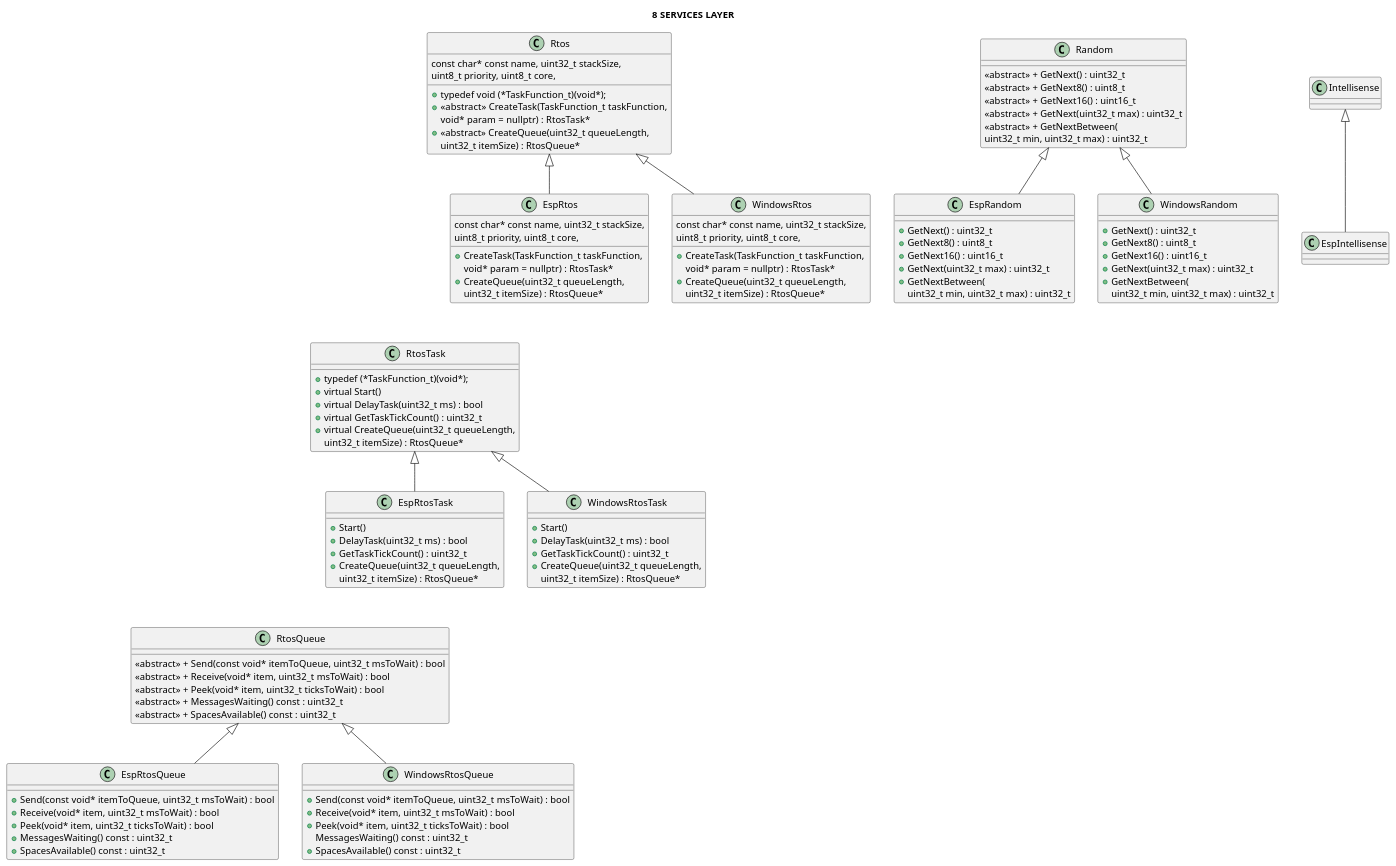
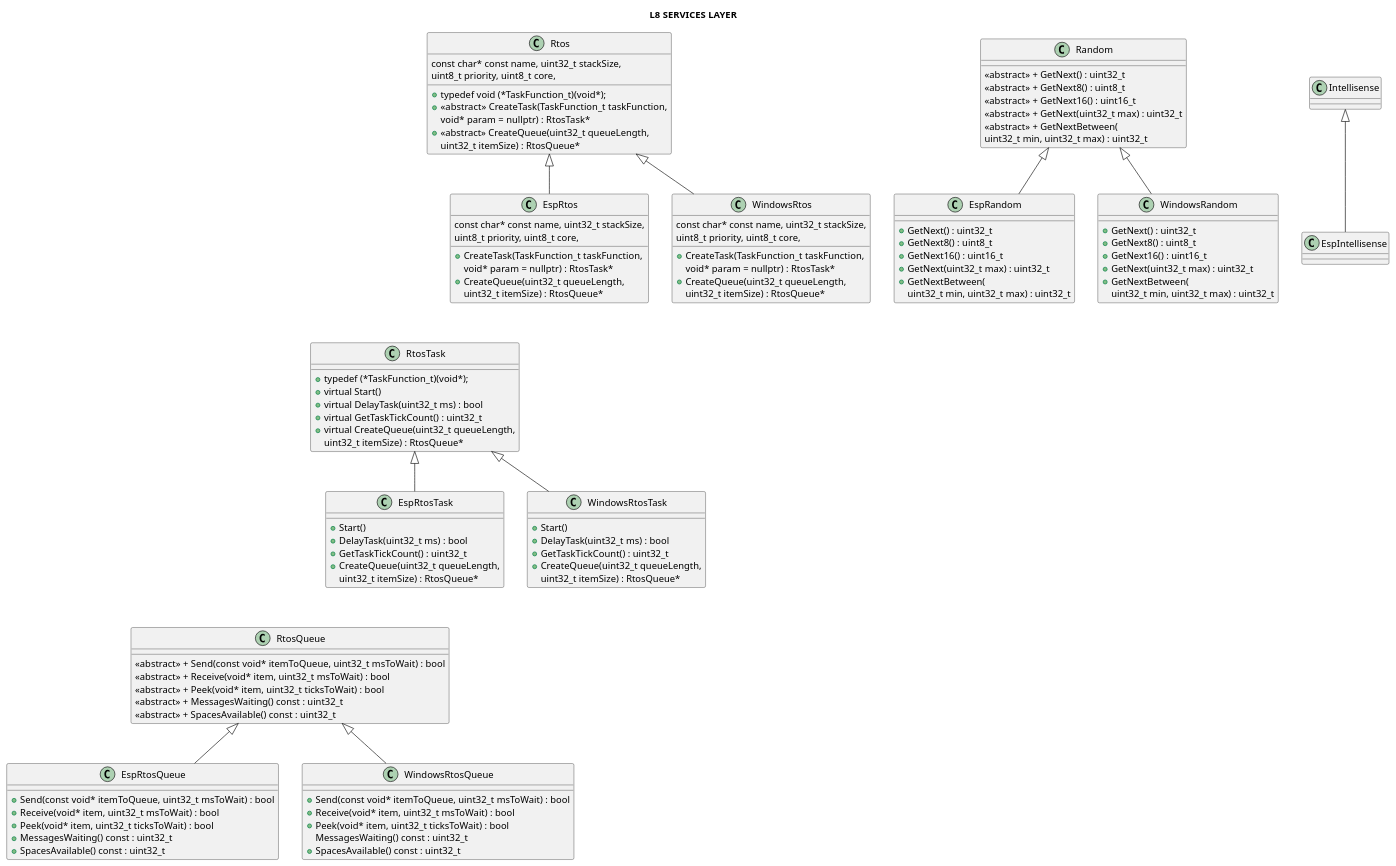
One commit to michelkeijzers/fraxis changed the diagram in Docs/Software Design/Layers/L8_services_layer.puml. Above: the diagram before and after it, drawn with PlantUML. The commit also changed 122 other files, not shown here.

```diff
--- a/Docs/Software Design/Layers/L8_services_layer.puml
+++ b/Docs/Software Design/Layers/L8_services_layer.puml
@@ -1,149 +1,149 @@
 @startuml
 
-title 8 SERVICES LAYER
+title L8 SERVICES LAYER
 
 skinparam packageStyle rectangle
 skinparam lineThickness 2
 
 class Intellisense 
 {
 }
 
 class EspIntellisense
 {
 }
 
 EspIntellisense -u-|> Intellisense
 
 class Random 
 {
     <<abstract>> + GetNext() : uint32_t
     <<abstract>> + GetNext8() : uint8_t
     <<abstract>> + GetNext16() : uint16_t
     <<abstract>> + GetNext(uint32_t max) : uint32_t
     <<abstract>> + GetNextBetween(
         uint32_t min, uint32_t max) : uint32_t
 }
 
 class EspRandom 
 {
     + GetNext() : uint32_t
     + GetNext8() : uint8_t
     + GetNext16() : uint16_t
     + GetNext(uint32_t max) : uint32_t
     + GetNextBetween(
         uint32_t min, uint32_t max) : uint32_t
 }
 
 class WindowsRandom
 {
     + GetNext() : uint32_t
     + GetNext8() : uint8_t
     + GetNext16() : uint16_t
     + GetNext(uint32_t max) : uint32_t
     + GetNextBetween(
         uint32_t min, uint32_t max) : uint32_t
 }
 
 EspRandom -u-|> Random 
 WindowsRandom -u-|> Random
 
 class Rtos
 {
     + typedef void (*TaskFunction_t)(void*);
     + <<abstract>> CreateTask(TaskFunction_t taskFunction, 
         const char* const name, uint32_t stackSize, 
         uint8_t priority, uint8_t core, 
         void* param = nullptr) : RtosTask* 
     + <<abstract>> CreateQueue(uint32_t queueLength, 
         uint32_t itemSize) : RtosQueue*
 }
 
 class EspRtos
 {
     + CreateTask(TaskFunction_t taskFunction, 
         const char* const name, uint32_t stackSize, 
         uint8_t priority, uint8_t core, 
         void* param = nullptr) : RtosTask* 
     + CreateQueue(uint32_t queueLength, 
         uint32_t itemSize) : RtosQueue*
 }
 
 class WindowsRtos
 {
     + CreateTask(TaskFunction_t taskFunction, 
         const char* const name, uint32_t stackSize, 
         uint8_t priority, uint8_t core, 
         void* param = nullptr) : RtosTask* 
     + CreateQueue(uint32_t queueLength, 
         uint32_t itemSize) : RtosQueue*
 }
 
 EspRtos -u-|> Rtos
 WindowsRtos -u-|> Rtos
 
 class RtosQueue
 {
     <<abstract>> + Send(const void* itemToQueue, uint32_t msToWait) : bool
     <<abstract>> + Receive(void* item, uint32_t msToWait) : bool 
     <<abstract>> + Peek(void* item, uint32_t ticksToWait) : bool
     <<abstract>> + MessagesWaiting() const : uint32_t 
     <<abstract>> + SpacesAvailable() const : uint32_t
 }
 
 class EspRtosQueue
 {
     + Send(const void* itemToQueue, uint32_t msToWait) : bool
     + Receive(void* item, uint32_t msToWait) : bool 
     + Peek(void* item, uint32_t ticksToWait) : bool
     + MessagesWaiting() const : uint32_t 
     + SpacesAvailable() const : uint32_t
 }
 
 class WindowsRtosQueue
 {
     + Send(const void* itemToQueue, uint32_t msToWait) : bool
     + Receive(void* item, uint32_t msToWait) : bool 
     + Peek(void* item, uint32_t ticksToWait) : bool
         MessagesWaiting() const : uint32_t 
     + SpacesAvailable() const : uint32_t
 }
 
 EspRtosQueue -u-|> RtosQueue
 WindowsRtosQueue -u-|> RtosQueue
 
 class RtosTask
 {
     + typedef (*TaskFunction_t)(void*);
     + virtual Start()
     + virtual DelayTask(uint32_t ms) : bool
     + virtual GetTaskTickCount() : uint32_t
     + virtual CreateQueue(uint32_t queueLength, 
         uint32_t itemSize) : RtosQueue* 
 }
 
 class EspRtosTask
 {
     + Start()
     + DelayTask(uint32_t ms) : bool
     + GetTaskTickCount() : uint32_t
     + CreateQueue(uint32_t queueLength, 
         uint32_t itemSize) : RtosQueue* 
 }
 
 class WindowsRtosTask
 {
     + Start()
     + DelayTask(uint32_t ms) : bool
     + GetTaskTickCount() : uint32_t
     + CreateQueue(uint32_t queueLength, 
         uint32_t itemSize) : RtosQueue* 
 }
 
 EspRtosTask -u-|> RtosTask
 WindowsRtosTask -u-|> RtosTask
 
 Rtos -d[hidden]-- RtosTask
 RtosQueue -u[hidden]-- RtosTask
 
 @enduml
```
